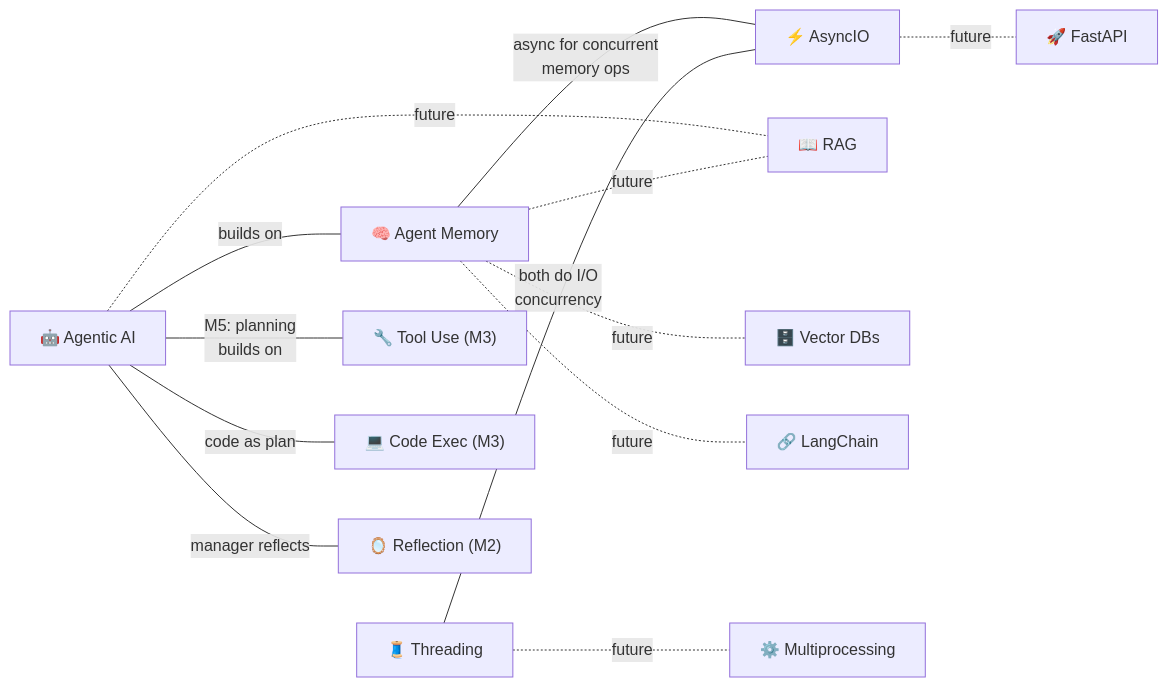
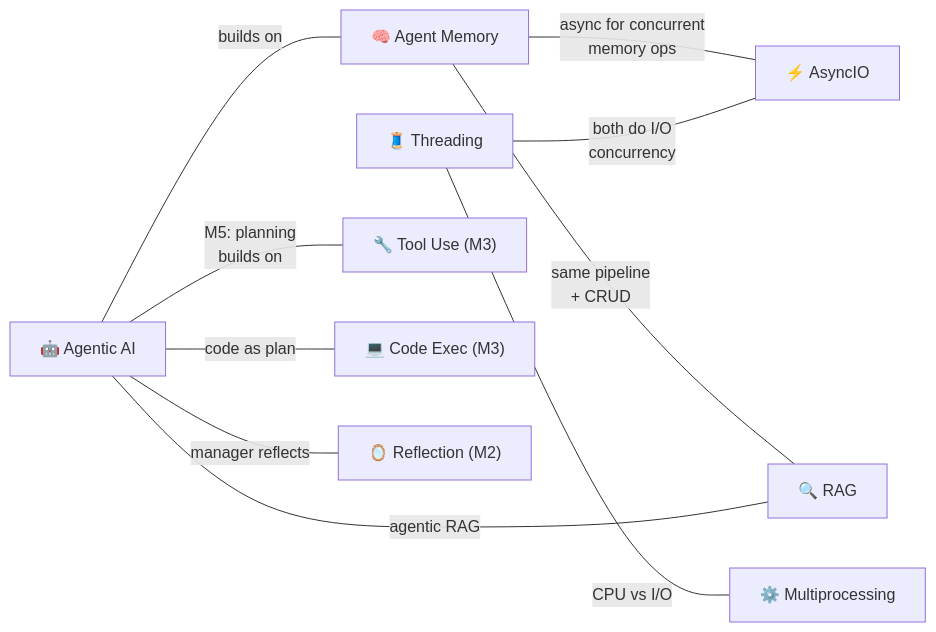
The diagram in _maps/connections.md (AyushSonuu/my-memory), drawn with Mermaid before and after one commit. The commit also changed other lines of this file and 234 other files, not shown here.

````diff
--- a/_maps/connections.md
+++ b/_maps/connections.md
@@ -5,20 +5,19 @@
 ```mermaid
 graph LR
     AG["🤖 Agentic AI"]
     AM["🧠 Agent Memory"]
     AIO["⚡ AsyncIO"]
     THR["🧵 Threading"]
+    MP["⚙️ Multiprocessing"]
+    RAG["🔍 RAG"]
     
     AG ---|"builds on"| AM
     AM ---|"async for concurrent<br/>memory ops"| AIO
     THR ---|"both do I/O<br/>concurrency"| AIO
-    AG -.-|"future"| RAG["📖 RAG"]
-    AM -.-|"future"| RAG
-    AM -.-|"future"| VDB["🗄️ Vector DBs"]
-    AM -.-|"future"| LC["🔗 LangChain"]
-    AIO -.-|"future"| FAPI["🚀 FastAPI"]
-    THR -.-|"future"| MP["⚙️ Multiprocessing"]
+    THR ---|"CPU vs I/O"| MP
+    AM ---|"same pipeline<br/>+ CRUD"| RAG
+    AG ---|"agentic RAG"| RAG
     AG ---|"M5: planning<br/>builds on"| TU["🔧 Tool Use (M3)"]
     AG ---|"code as plan"| CE["💻 Code Exec (M3)"]
     AG ---|"manager reflects"| REF["🪞 Reflection (M2)"]
 ```
````
